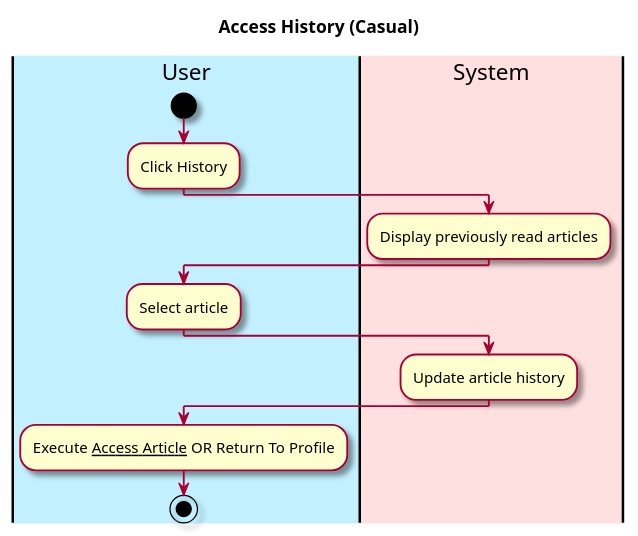
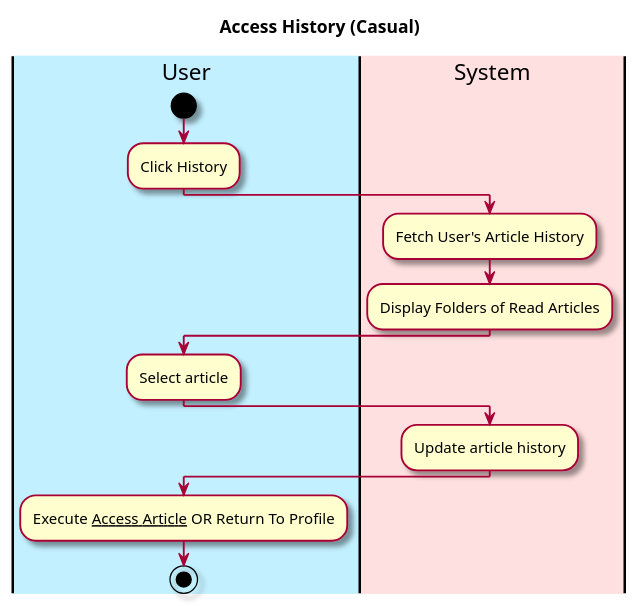
Before and after one commit to owhitleym-ui/EcoScoop: the diagram in intellij/doc/Functional Specification/access-history.md, drawn with PlantUML. The commit also changed 2 other files, not shown here.

Commit message:
Updated Use Cases + Vision.md + Nonfunctionalspec.md

````diff
--- a/intellij/doc/Functional Specification/access-history.md
+++ b/intellij/doc/Functional Specification/access-history.md
@@ -20,29 +20,30 @@
 ```plantuml
 @startuml
 
 skin rose
 
 title Access History (Casual)
 'define the lanes
 |#application|User|
 |#implementation|System|
 
 |User|
 start
 :Click History;
 
 |System|
-:Display previously read articles;
+:Fetch User's Article History;
+:Display Folders of Read Articles;
 
 |User|
 :Select article;
 
 |System|
 :Update article history;
 
 |User|
 :Execute __Access Article__ OR Return To Profile;
 
 stop
 @enduml
 ```
````
